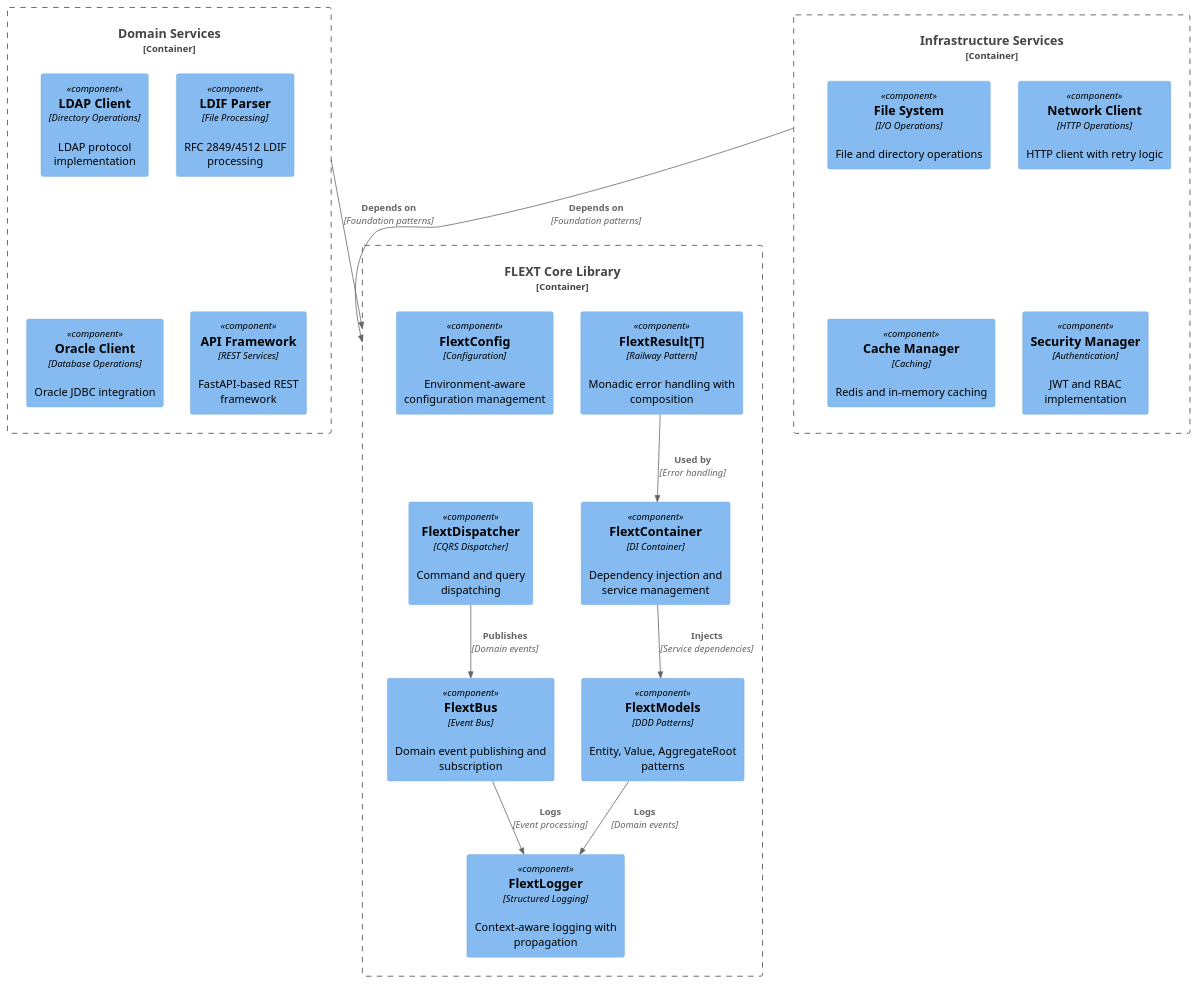
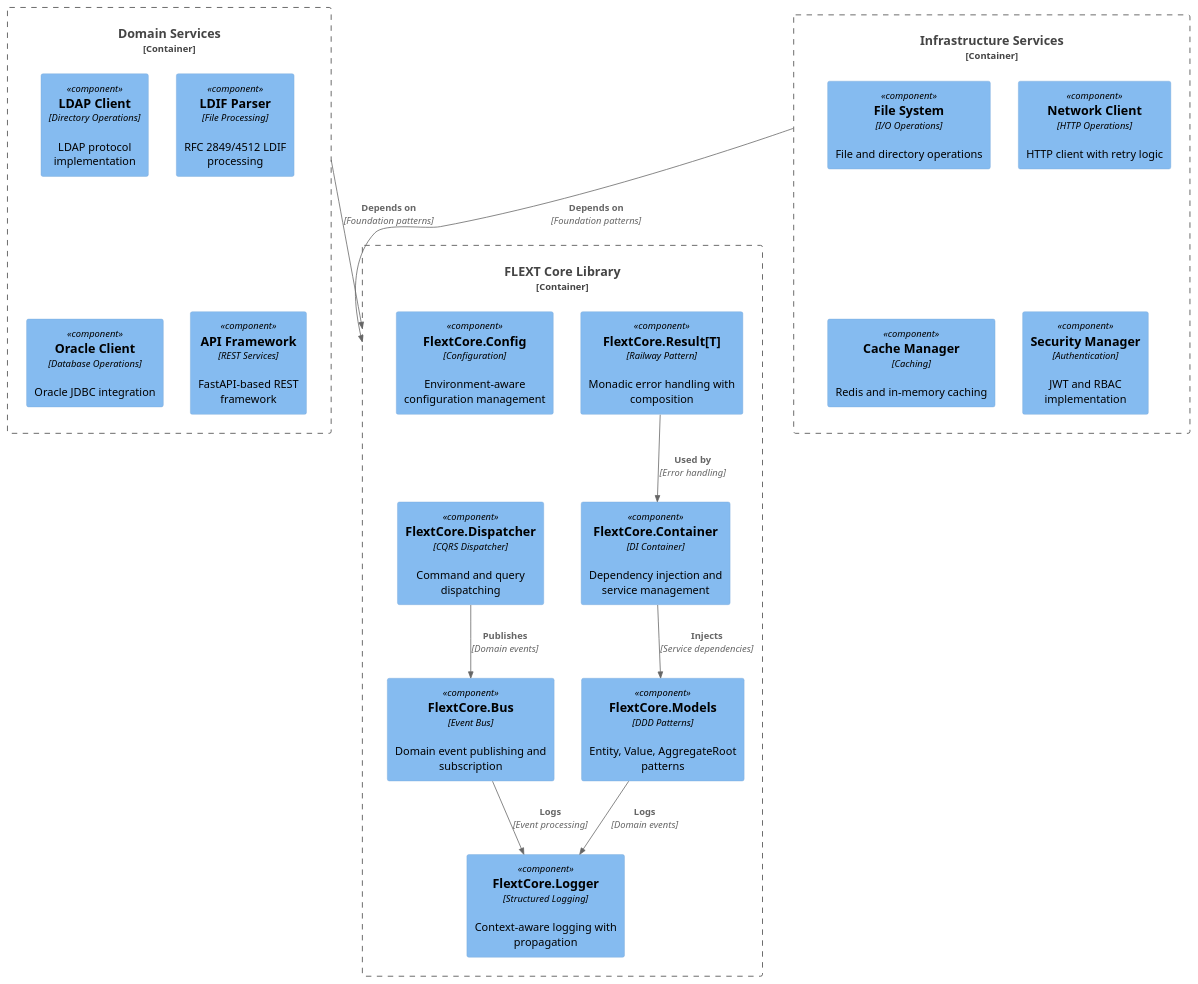
Before and after one commit to flext-sh/flext: the diagram in scripts/docs/architecture/c4-model/component-diagrams.md, drawn with PlantUML. The commit also changed other lines of this file and 204 other files, not shown here.

````diff
--- a/scripts/docs/architecture/c4-model/component-diagrams.md
+++ b/scripts/docs/architecture/c4-model/component-diagrams.md
@@ -7,44 +7,44 @@
 ```plantuml
 @startuml FLEXT Core Components
 !include <C4/C4_Component>
 
 Container_Boundary(core, "FLEXT Core Library") {
 
-    Component(result, "FlextResult[T]", "Railway Pattern", "Monadic error handling with composition")
-    Component(container, "FlextContainer", "DI Container", "Dependency injection and service management")
-    Component(models, "FlextModels", "DDD Patterns", "Entity, Value, AggregateRoot patterns")
-    Component(logger, "FlextLogger", "Structured Logging", "Context-aware logging with propagation")
+    Component(result, "FlextCore.Result[T]", "Railway Pattern", "Monadic error handling with composition")
+    Component(container, "FlextCore.Container", "DI Container", "Dependency injection and service management")
+    Component(models, "FlextCore.Models", "DDD Patterns", "Entity, Value, AggregateRoot patterns")
+    Component(logger, "FlextCore.Logger", "Structured Logging", "Context-aware logging with propagation")
 
-    Component(dispatcher, "FlextDispatcher", "CQRS Dispatcher", "Command and query dispatching")
-    Component(bus, "FlextBus", "Event Bus", "Domain event publishing and subscription")
-    Component(config, "FlextConfig", "Configuration", "Environment-aware configuration management")
+    Component(dispatcher, "FlextCore.Dispatcher", "CQRS Dispatcher", "Command and query dispatching")
+    Component(bus, "FlextCore.Bus", "Event Bus", "Domain event publishing and subscription")
+    Component(config, "FlextCore.Config", "Configuration", "Environment-aware configuration management")
 }
 
 Container_Boundary(domain, "Domain Services") {
 
     Component(ldap_client, "LDAP Client", "Directory Operations", "LDAP protocol implementation")
     Component(ldif_parser, "LDIF Parser", "File Processing", "RFC 2849/4512 LDIF processing")
     Component(oracle_client, "Oracle Client", "Database Operations", "Oracle JDBC integration")
     Component(api_framework, "API Framework", "REST Services", "FastAPI-based REST framework")
 }
 
 Container_Boundary(infrastructure, "Infrastructure Services") {
 
     Component(file_system, "File System", "I/O Operations", "File and directory operations")
     Component(network, "Network Client", "HTTP Operations", "HTTP client with retry logic")
     Component(cache, "Cache Manager", "Caching", "Redis and in-memory caching")
     Component(security, "Security Manager", "Authentication", "JWT and RBAC implementation")
 }
 
 Rel(result, container, "Used by", "Error handling")
 Rel(container, models, "Injects", "Service dependencies")
 Rel(models, logger, "Logs", "Domain events")
 
 Rel(dispatcher, bus, "Publishes", "Domain events")
 Rel(bus, logger, "Logs", "Event processing")
 
 Rel(domain, core, "Depends on", "Foundation patterns")
 Rel(infrastructure, core, "Depends on", "Foundation patterns")
 
 @enduml
 ```
````
